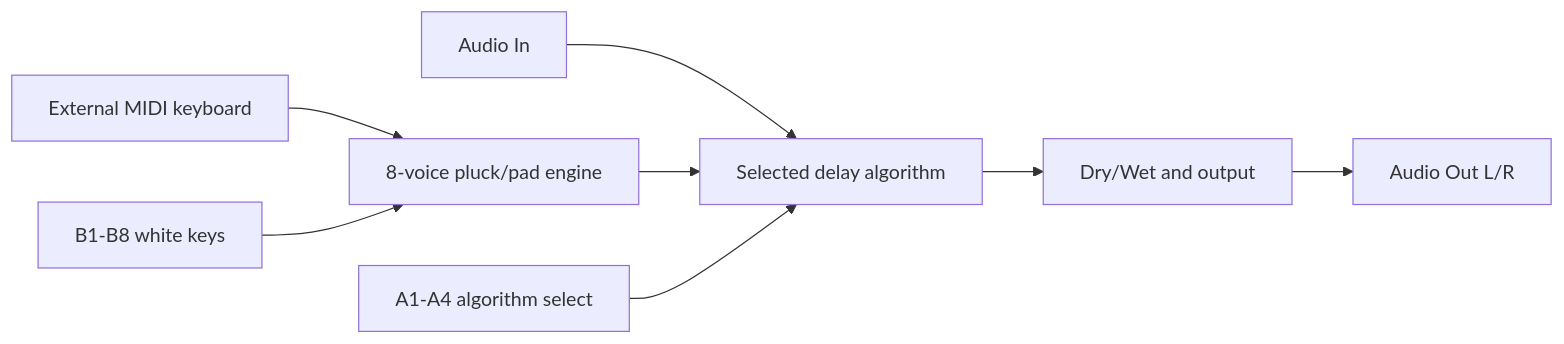
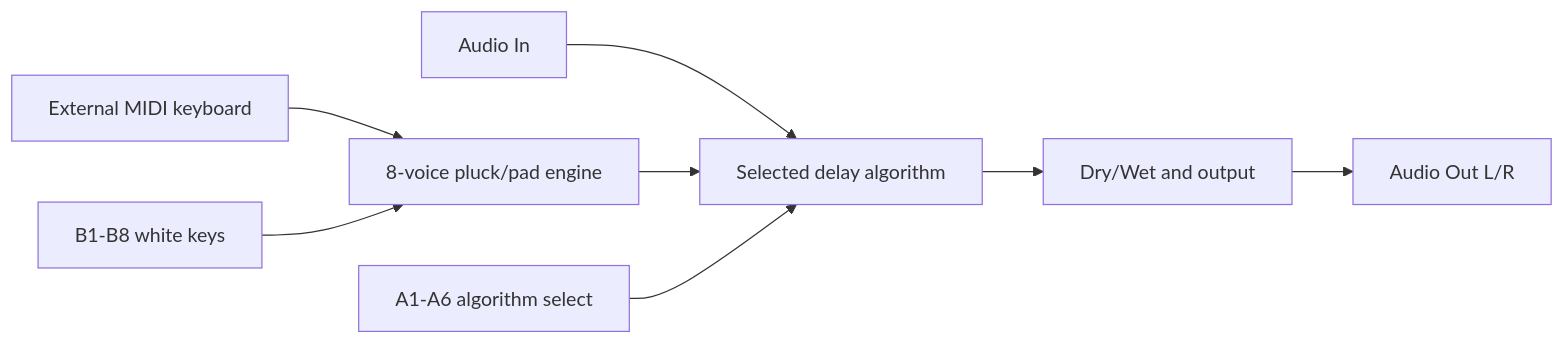
The first of 5 diagrams in MyProjects/_projects/Field_delay_bundle/CONTROLS.md (Denys/DaisyExamples), drawn with Mermaid before and after one commit. The commit also changed other lines of this file and 97 other files, not shown here.

````diff
--- a/MyProjects/_projects/Field_delay_bundle/CONTROLS.md
+++ b/MyProjects/_projects/Field_delay_bundle/CONTROLS.md
@@ -10,10 +10,10 @@
 ```mermaid
 flowchart LR
     IN["Audio In"] --> ALG["Selected delay algorithm"]
     MIDI["External MIDI keyboard"] --> TONE["8-voice pluck/pad engine"]
     BROW["B1-B8 white keys"] --> TONE
     TONE --> ALG
-    ASEL["A1-A4 algorithm select"] --> ALG
+    ASEL["A1-A6 algorithm select"] --> ALG
     ALG --> MIX["Dry/Wet and output"]
     MIX --> OUT["Audio Out L/R"]
 ```
````
